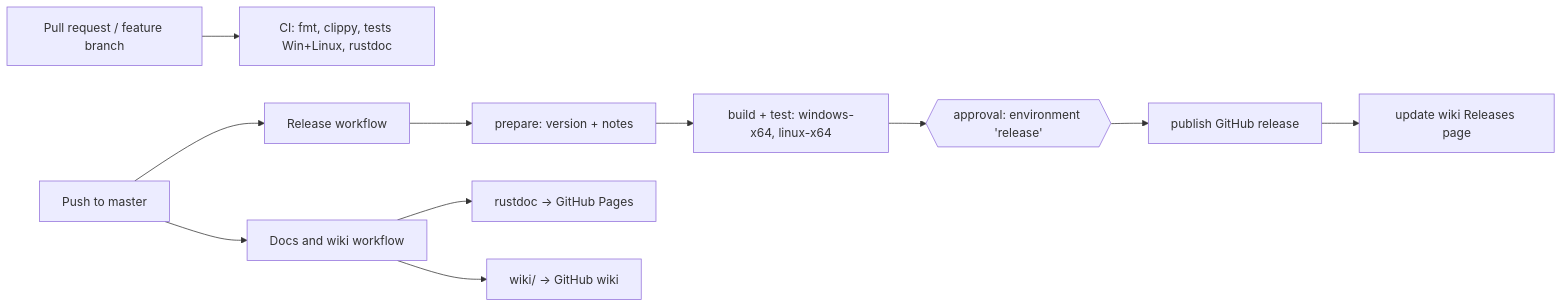
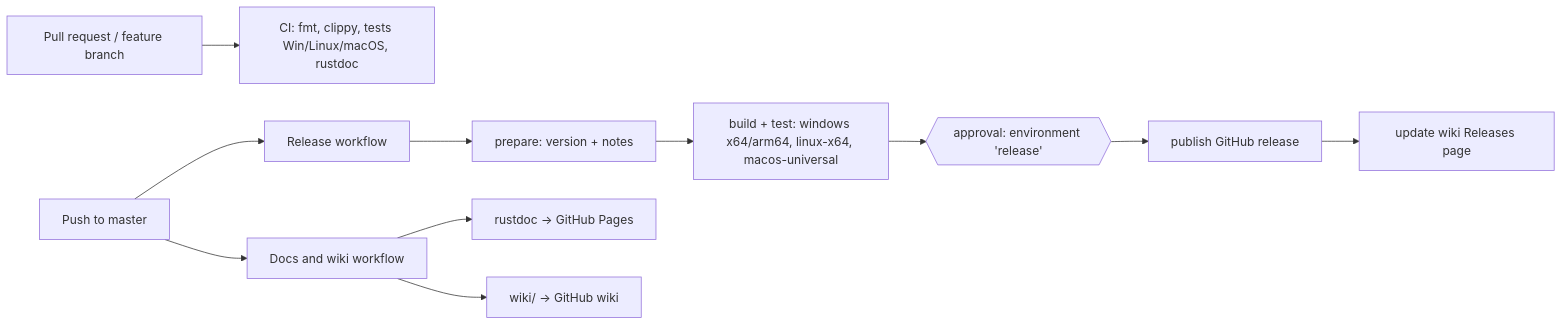
One commit to dagrigorev/OpenBlood changed the diagram in wiki/CI-and-Releases.md. Above: the diagram before and after it, drawn with Mermaid. The commit also changed other lines of this file and 7 other files, not shown here.

First line of the commit message:
ci: Windows ARM64 and macOS universal release builds

````diff
--- a/wiki/CI-and-Releases.md
+++ b/wiki/CI-and-Releases.md
@@ -5,13 +5,13 @@
 ```mermaid
 flowchart LR
-    PR[Pull request / feature branch] --> CI[CI: fmt, clippy, tests Win+Linux, rustdoc]
+    PR[Pull request / feature branch] --> CI[CI: fmt, clippy, tests Win/Linux/macOS, rustdoc]
     M[Push to master] --> REL[Release workflow]
     M --> DOCS[Docs and wiki workflow]
     REL --> P[prepare: version + notes]
-    P --> B[build + test: windows-x64, linux-x64]
+    P --> B[build + test: windows x64/arm64, linux-x64, macos-universal]
     B --> G{{"approval: environment 'release'"}}
     G --> PUB[publish GitHub release]
     PUB --> W[update wiki Releases page]
     DOCS --> RD[rustdoc → GitHub Pages]
     DOCS --> WS[wiki/ → GitHub wiki]
 ```
````
